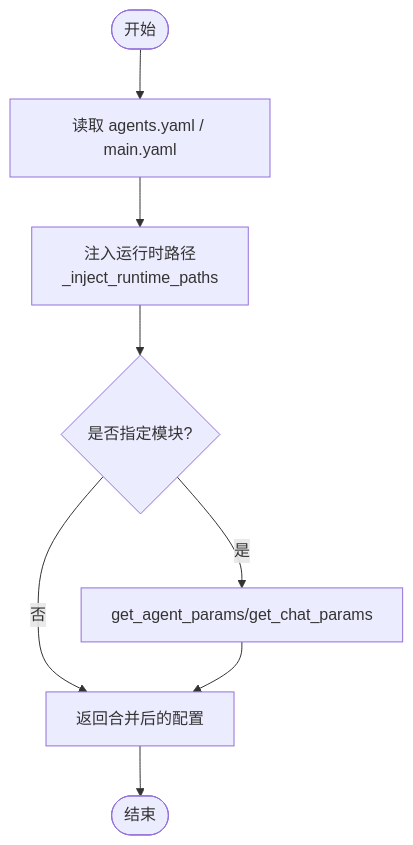
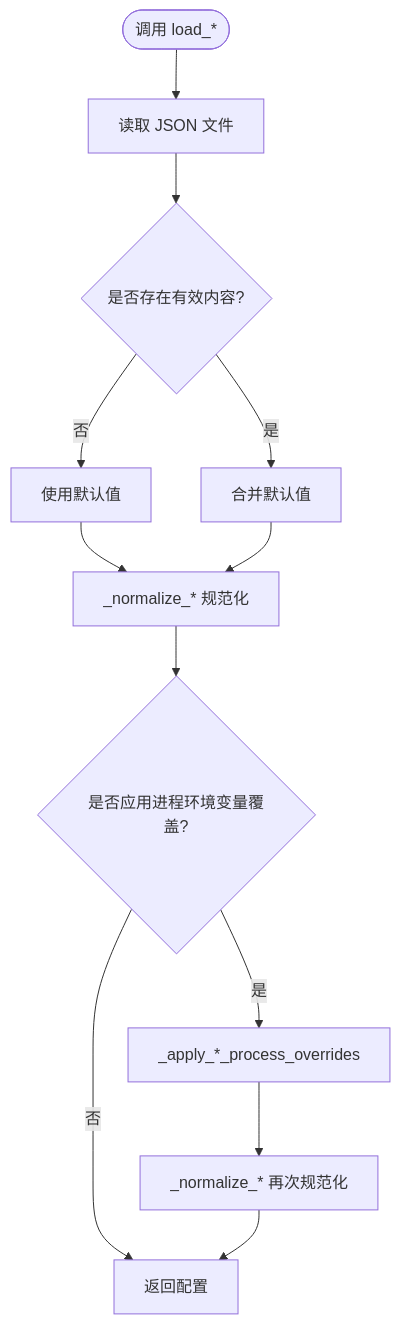
The third of 6 diagrams in .qoder/repowiki/zh/content/配置管理/配置管理.md (gongzili456/DeepTutor), drawn with Mermaid before and after one commit. The commit also changed other lines of this file and 1242 other files, not shown here.

````diff
--- a/.qoder/repowiki/zh/content/配置管理/配置管理.md
+++ b/.qoder/repowiki/zh/content/配置管理/配置管理.md
@@ -192,10 +118,14 @@
 ```mermaid
 flowchart TD
-Start(["开始"]) --> Load["读取 agents.yaml / main.yaml"]
-Load --> Inject["注入运行时路径<br/>_inject_runtime_paths"]
-Inject --> Merge{"是否指定模块?"}
-Merge --> |是| GetParams["get_agent_params/get_chat_params"]
-Merge --> |否| ReturnCfg["返回合并后的配置"]
-GetParams --> ReturnCfg
-ReturnCfg --> End(["结束"])
+Start(["调用 load_*"]) --> ReadFile["读取 JSON 文件"]
+ReadFile --> HasFile{"是否存在有效内容?"}
+HasFile --> |否| UseDefaults["使用默认值"]
+HasFile --> |是| MergeDefaults["合并默认值"]
+UseDefaults --> Normalize["_normalize_* 规范化"]
+MergeDefaults --> Normalize
+Normalize --> ApplyEnv{"是否应用进程环境变量覆盖?"}
+ApplyEnv --> |是| Overwrite["_apply_*_process_overrides"]
+ApplyEnv --> |否| Return["返回配置"]
+Overwrite --> Normalize2["_normalize_* 再次规范化"]
+Normalize2 --> Return
 ```
````
